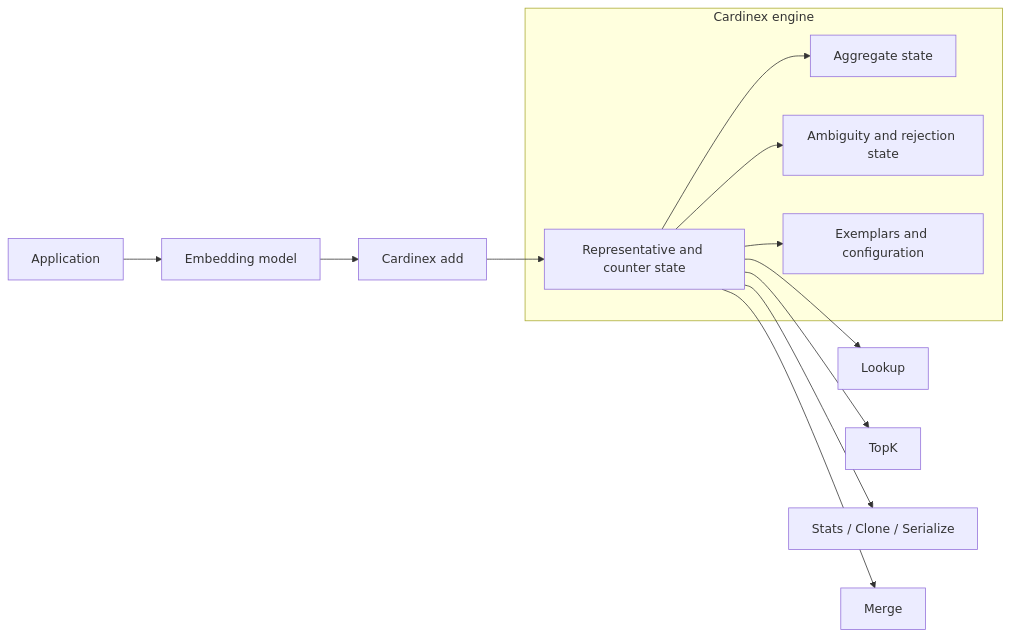
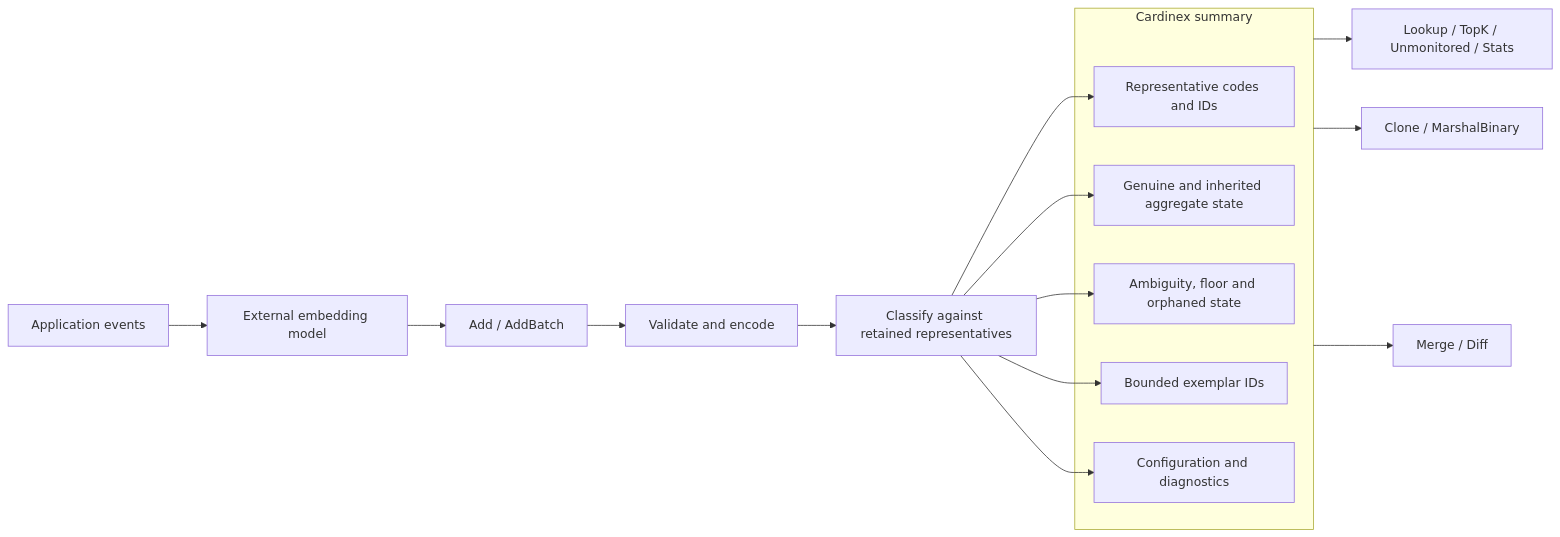
The first of 14 diagrams in README.md (dippendicular/cardinex), drawn with Mermaid before and after one commit. The commit also changed other lines of this file, not shown here.

````diff
--- a/README.md
+++ b/README.md
@@ -51,19 +59,25 @@
 ```mermaid
 flowchart LR
-    A[Application] --> B[Embedding model]
-    B --> IN[Cardinex add]
-    subgraph ENGINE[Cardinex engine]
-        D[Representative and counter state]
-        E[Aggregate state]
-        F[Ambiguity and rejection state]
-        G[Exemplars and configuration]
+    APP[Application events] --> MODEL[External embedding model]
+    MODEL --> ADD[Add / AddBatch]
+    ADD --> VALID[Validate and encode]
+    VALID --> CLASS[Classify against retained representatives]
+
+    subgraph CORE[Cardinex summary]
+        REP[Representative codes and IDs]
+        AGG[Genuine and inherited aggregate state]
+        UNC[Ambiguity, floor and orphaned state]
+        EX[Bounded exemplar IDs]
+        CFG[Configuration and diagnostics]
     end
-    IN --> D
-    D --> E
-    D --> F
-    D --> G
-    D --> H[Lookup]
-    D --> I[TopK]
-    D --> J[Stats / Clone / Serialize]
-    D --> K[Merge]
+
+    CLASS --> REP
+    CLASS --> AGG
+    CLASS --> UNC
+    CLASS --> EX
+    CLASS --> CFG
+
+    CORE --> READ[Lookup / TopK / Unmonitored / Stats]
+    CORE --> COPY[Clone / MarshalBinary]
+    CORE --> DIST[Merge / Diff]
 ```
````
